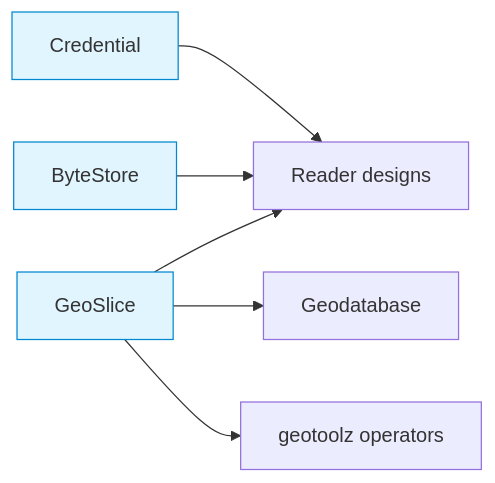
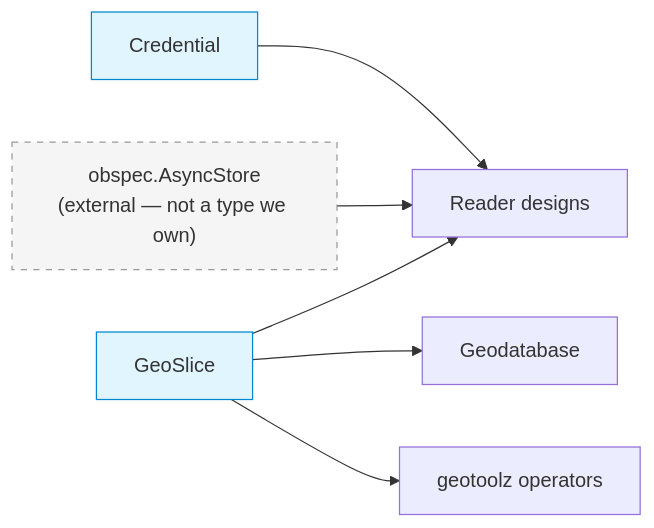
The diagram in projects/geotoolz/plans/types/README.md (jejjohnson/research_notebook), drawn with Mermaid before and after one commit. The commit also changed other lines of this file and 18 other files, not shown here.

First line of the commit message:
docs(geotoolz): drop LazyCOGReader; thin async reader over async-geotiff + obspec (#57)

````diff
--- a/projects/geotoolz/plans/types/README.md
+++ b/projects/geotoolz/plans/types/README.md
@@ -48,12 +48,12 @@
 ```{mermaid}
 flowchart LR
     GS[GeoSlice] --> Reader[Reader designs]
     GS --> Cat[Geodatabase]
     GS --> Op[geotoolz operators]
     Cred[Credential] --> Reader
-    BS[ByteStore] --> Reader
+    OB["obspec.AsyncStore<br/>(external — not a type we own)"] --> Reader
 
     style GS fill:#e1f5ff,stroke:#0288d1
     style Cred fill:#e1f5ff,stroke:#0288d1
-    style BS fill:#e1f5ff,stroke:#0288d1
+    style OB fill:#f5f5f5,stroke:#999,stroke-dasharray: 5 5
 ```
````
